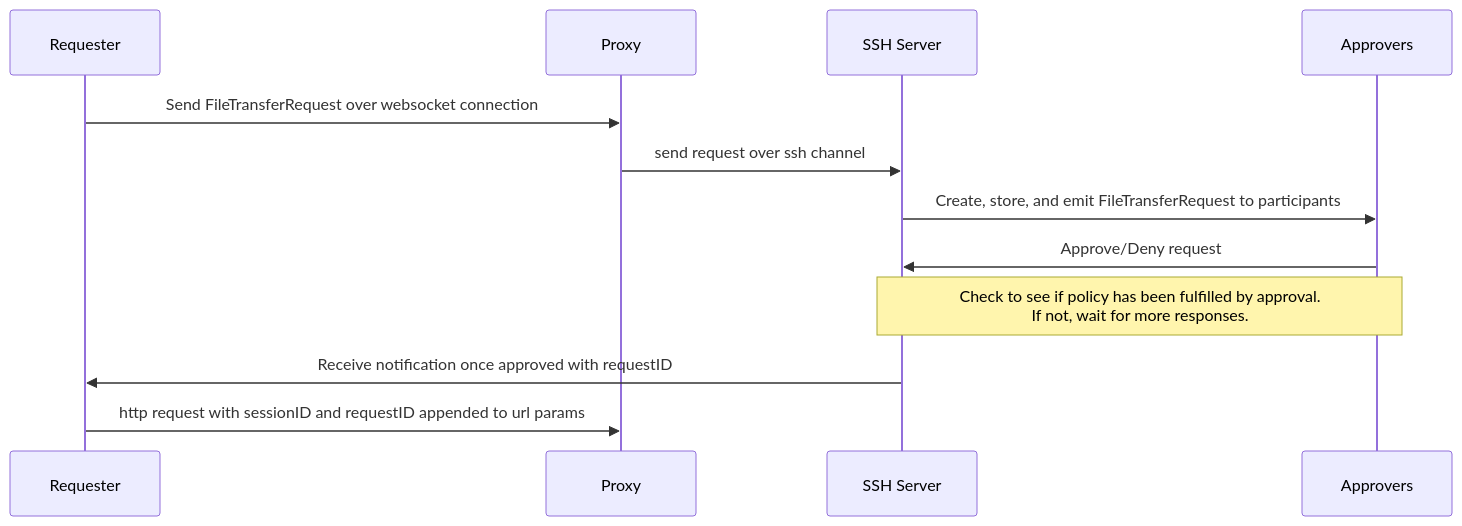
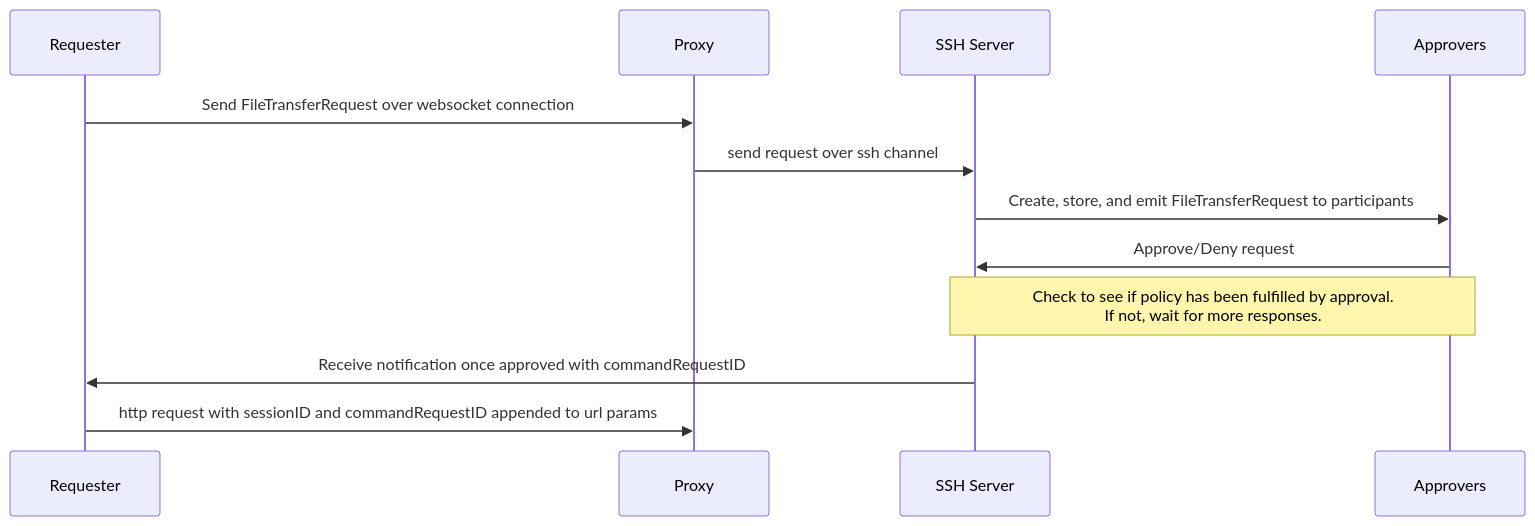
The diagram in rfd/0113-moderated-file-transfers.md (tgoodsell-tempus/teleport), drawn with Mermaid before and after one commit. The commit also changed other lines of this file, not shown here.

````diff
--- a/rfd/0113-moderated-file-transfers.md
+++ b/rfd/0113-moderated-file-transfers.md
@@ -41,10 +41,10 @@
 ```mermaid
 sequenceDiagram
 Requester->>Proxy: Send FileTransferRequest over websocket connection
 Proxy->>SSH Server: send request over ssh channel
 SSH Server->>Approvers: Create, store, and emit FileTransferRequest to participants
 Approvers->>SSH Server: Approve/Deny request
 Note over SSH Server,Approvers: Check to see if policy has been fulfilled by approval.<br />If not, wait for more responses.
-SSH Server->>Requester: Receive notification once approved with requestID
-Requester->>Proxy: http request with sessionID and requestID appended to url params
+SSH Server->>Requester: Receive notification once approved with commandRequestID
+Requester->>Proxy: http request with sessionID and commandRequestID appended to url params
 ```
````
